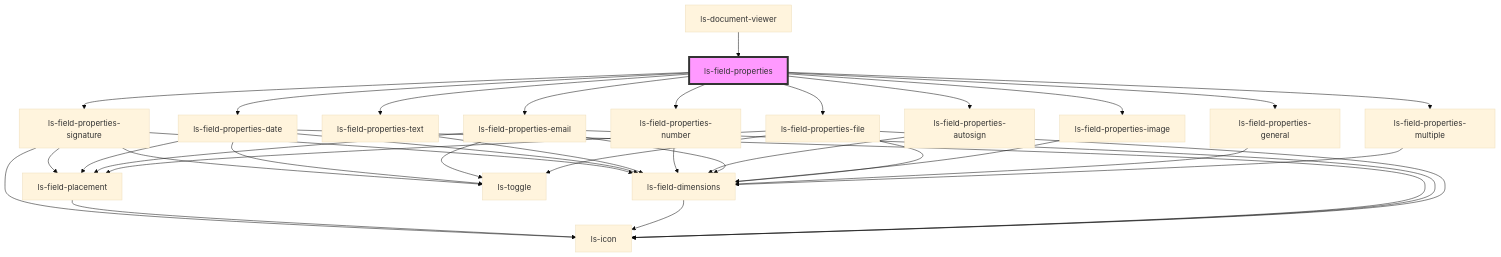
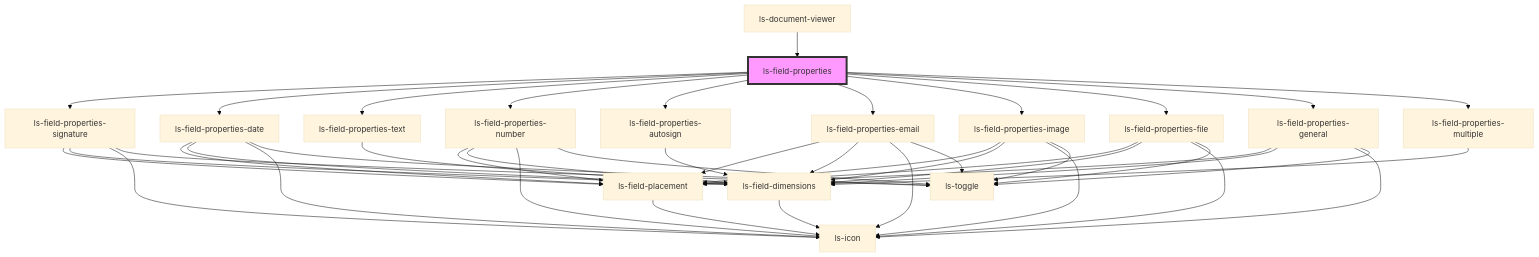
Before and after one commit to legalesign/ls-document-viewer: the diagram in src/components/ls-field-properties/readme.md, drawn with Mermaid (base theme). The commit also changed 15 other files, not shown here.

````diff
--- a/src/components/ls-field-properties/readme.md
+++ b/src/components/ls-field-properties/readme.md
@@ -35,39 +35,48 @@
 ```mermaid
 graph TD;
   ls-field-properties --> ls-field-properties-signature
   ls-field-properties --> ls-field-properties-date
   ls-field-properties --> ls-field-properties-text
   ls-field-properties --> ls-field-properties-number
   ls-field-properties --> ls-field-properties-autosign
   ls-field-properties --> ls-field-properties-email
   ls-field-properties --> ls-field-properties-image
   ls-field-properties --> ls-field-properties-file
   ls-field-properties --> ls-field-properties-general
   ls-field-properties --> ls-field-properties-multiple
   ls-field-properties-signature --> ls-field-placement
   ls-field-properties-signature --> ls-field-dimensions
   ls-field-properties-signature --> ls-icon
   ls-field-properties-signature --> ls-toggle
   ls-field-placement --> ls-icon
   ls-field-dimensions --> ls-icon
   ls-field-properties-date --> ls-field-placement
   ls-field-properties-date --> ls-field-dimensions
   ls-field-properties-date --> ls-icon
   ls-field-properties-date --> ls-toggle
   ls-field-properties-text --> ls-field-dimensions
+  ls-field-properties-number --> ls-field-placement
   ls-field-properties-number --> ls-field-dimensions
+  ls-field-properties-number --> ls-icon
+  ls-field-properties-number --> ls-toggle
   ls-field-properties-autosign --> ls-field-dimensions
   ls-field-properties-email --> ls-field-placement
   ls-field-properties-email --> ls-field-dimensions
   ls-field-properties-email --> ls-icon
   ls-field-properties-email --> ls-toggle
+  ls-field-properties-image --> ls-field-placement
   ls-field-properties-image --> ls-field-dimensions
+  ls-field-properties-image --> ls-icon
+  ls-field-properties-image --> ls-toggle
   ls-field-properties-file --> ls-field-placement
   ls-field-properties-file --> ls-field-dimensions
   ls-field-properties-file --> ls-icon
   ls-field-properties-file --> ls-toggle
+  ls-field-properties-general --> ls-field-placement
   ls-field-properties-general --> ls-field-dimensions
+  ls-field-properties-general --> ls-icon
+  ls-field-properties-general --> ls-toggle
   ls-field-properties-multiple --> ls-field-dimensions
   ls-document-viewer --> ls-field-properties
   style ls-field-properties fill:#f9f,stroke:#333,stroke-width:4px
 ```
````
